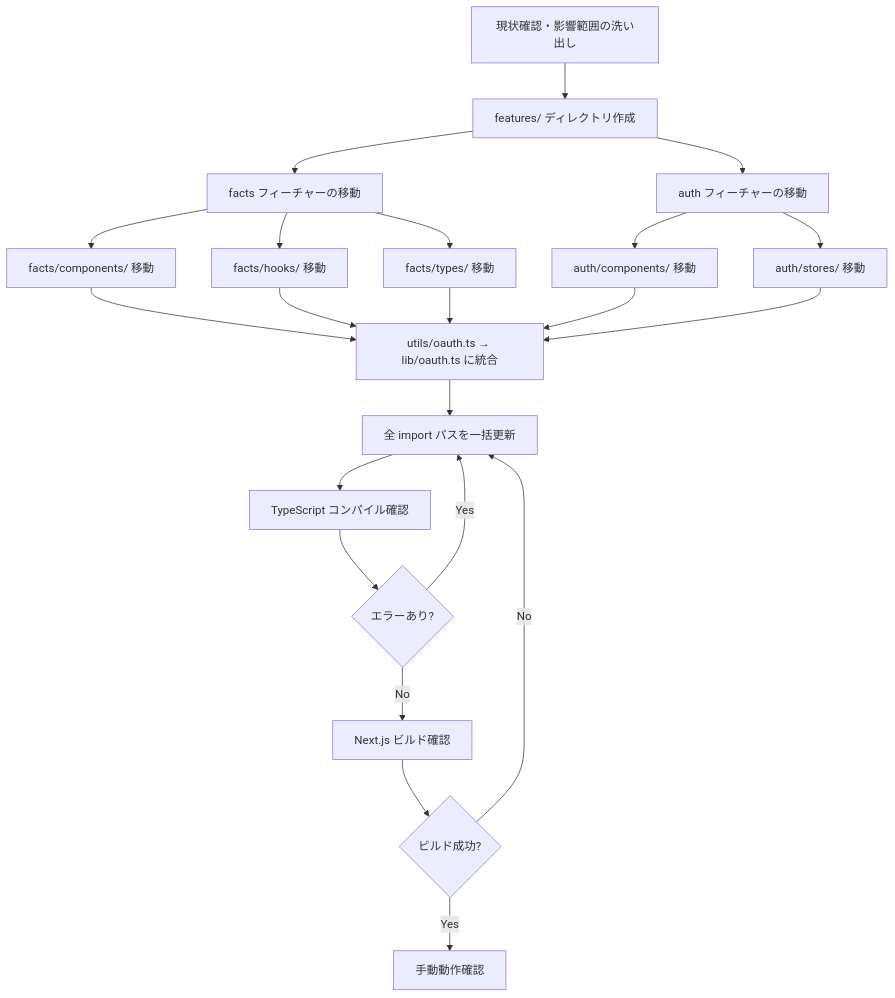
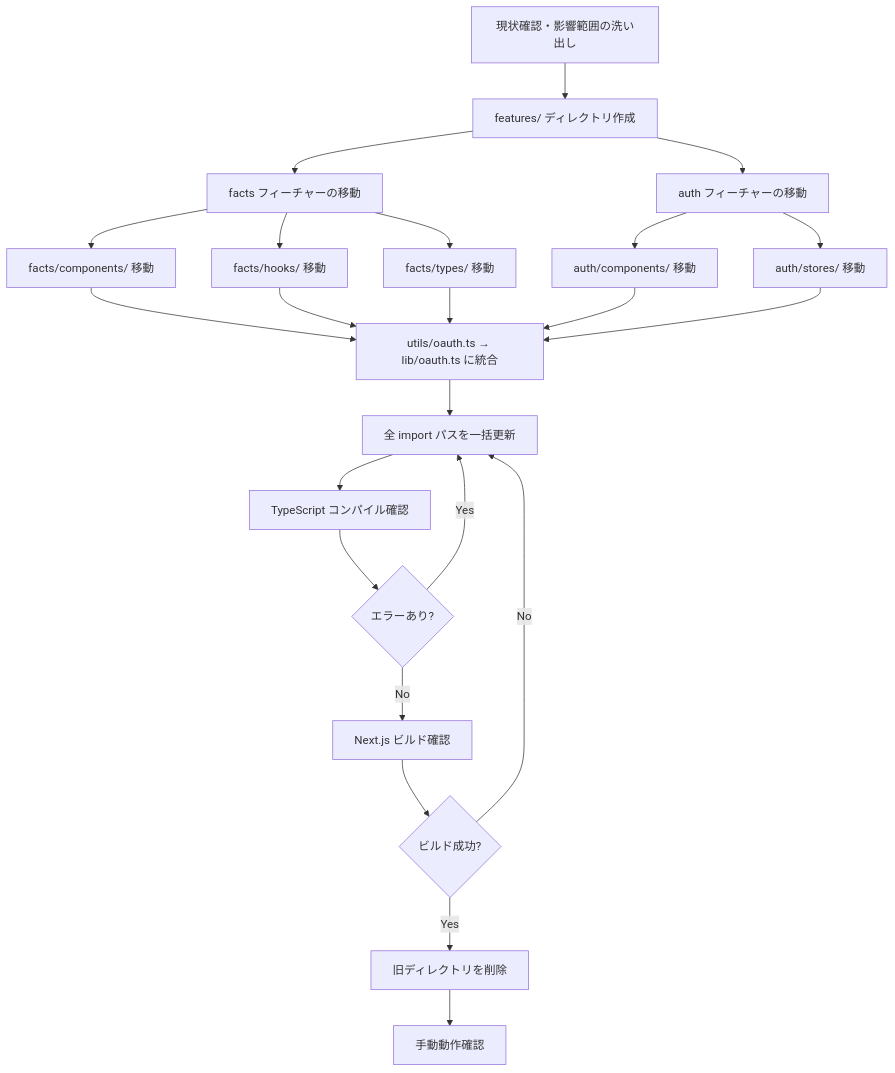
One commit to sode0417/factrail changed the diagram in docs/issues/155-web-refactoring/sequence.md. Above: the diagram before and after it, drawn with Mermaid. The commit also changed other lines of this file and 2 other files, not shown here.

````diff
--- a/docs/issues/155-web-refactoring/sequence.md
+++ b/docs/issues/155-web-refactoring/sequence.md
@@ -8,20 +8,21 @@
 ```mermaid
 flowchart TD
     A[現状確認・影響範囲の洗い出し] --> B[features/ ディレクトリ作成]
     B --> C1[facts フィーチャーの移動]
     B --> C2[auth フィーチャーの移動]
     C1 --> D1[facts/components/ 移動]
     C1 --> D2[facts/hooks/ 移動]
     C1 --> D3[facts/types/ 移動]
     C2 --> E1[auth/components/ 移動]
     C2 --> E2[auth/stores/ 移動]
     D1 & D2 & D3 & E1 & E2 --> F[utils/oauth.ts → lib/oauth.ts に統合]
     F --> G[全 import パスを一括更新]
     G --> H[TypeScript コンパイル確認]
     H --> I{エラーあり?}
     I -- Yes --> G
     I -- No --> J[Next.js ビルド確認]
     J --> K{ビルド成功?}
     K -- No --> G
-    K -- Yes --> L[手動動作確認]
+    K -- Yes --> L_cleanup[旧ディレクトリを削除]
+    L_cleanup --> L[手動動作確認]
 ```
````
